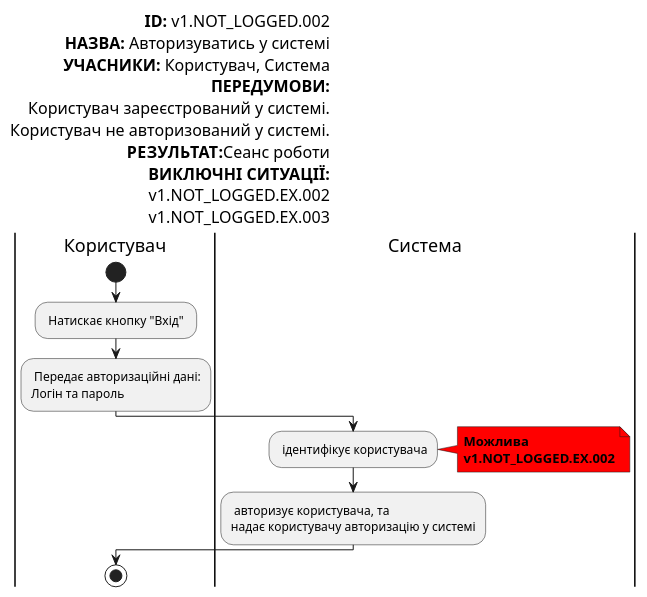
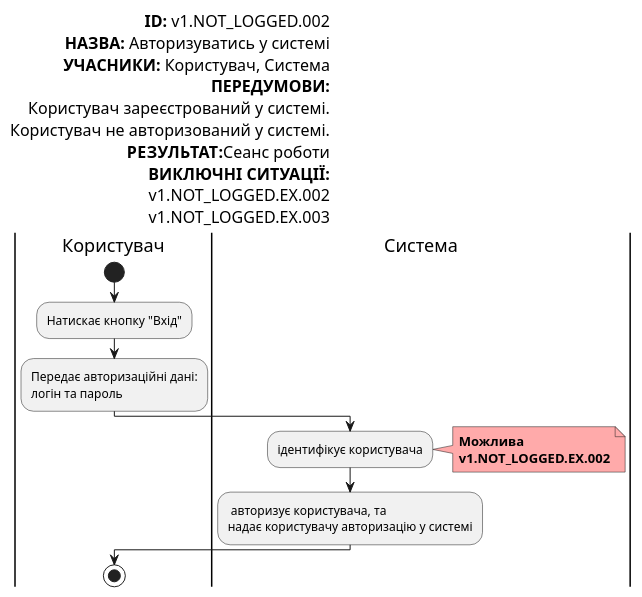
Before and after one commit to gurug-prog/survey-expert: the sixth of 22 diagrams in docs/use-cases/README.md, drawn with PlantUML. The commit also changed other lines of this file and 1 other file, not shown here.

```diff
--- a/docs/use-cases/README.md
+++ b/docs/use-cases/README.md
@@ -154,36 +158,36 @@
   @startuml
 
       left header
            <font color=000 size=16><b>ID:</b> v1.NOT_LOGGED.002
            <font color=000 size=16><b>НАЗВА:</b> Авторизуватись у системі
            <font color=000 size=16><b>УЧАСНИКИ:</b> Користувач, Система
            <font color=000 size=16><b>ПЕРЕДУМОВИ:</b>
            <font color=000 size=16>Користувач зареєстрований у системі.
            <font color=000 size=16>Користувач не авторизований у системі.
            <font color=000 size=16><b>РЕЗУЛЬТАТ:</b>Сеанс роботи
            <font color=000 size=16><b>ВИКЛЮЧНІ СИТУАЦІЇ:</b>
            <font color=000 size=16>v1.NOT_LOGGED.EX.002
            <font color=000 size=16>v1.NOT_LOGGED.EX.003
        end header
 
        |Користувач|
            start
-           : Натискає кнопку "Вхід" ;
-           : Передає авторизаційні дані:
-           Логін та пароль;
+           :Натискає кнопку "Вхід";
+           :Передає авторизаційні дані:
+           логін та пароль;
 
        |Система|
-           : ідентифікує користувача;
+           :ідентифікує користувача;
 
-           note right #ff0000
+           note right #ffaaaa
            <b>Можлива</b>
            <b>v1.NOT_LOGGED.EX.002</b>
            end note
 
            : авторизує користувача, та
            надає користувачу авторизацію у системі;
 
          |Користувач|
              stop;
 
   @enduml
```
